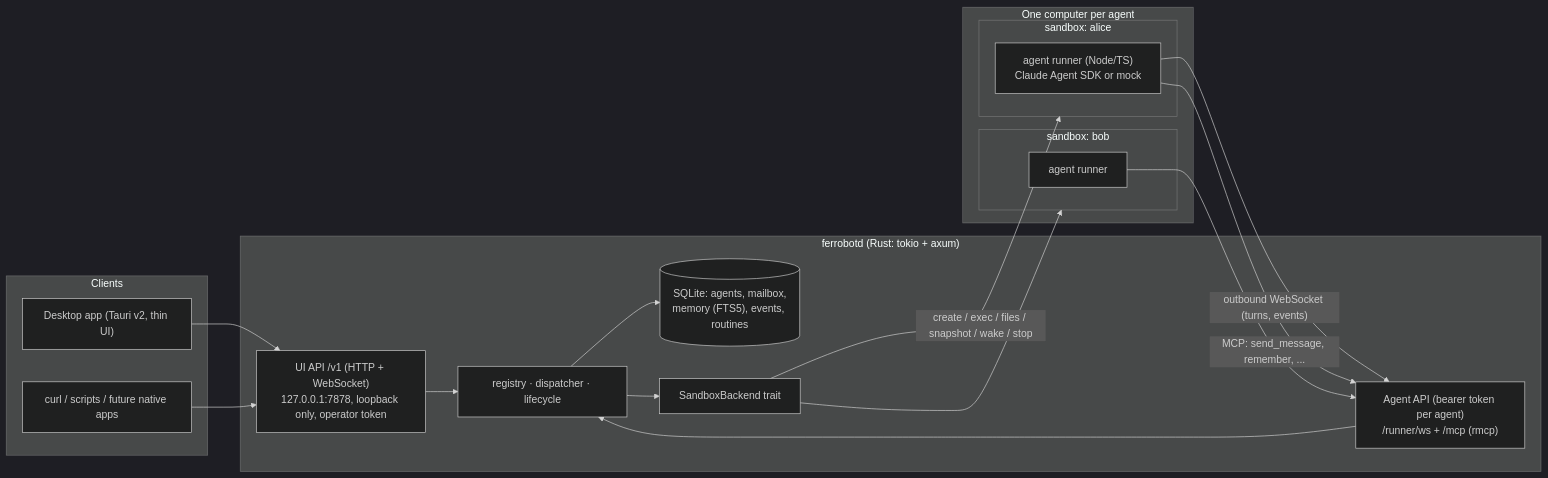
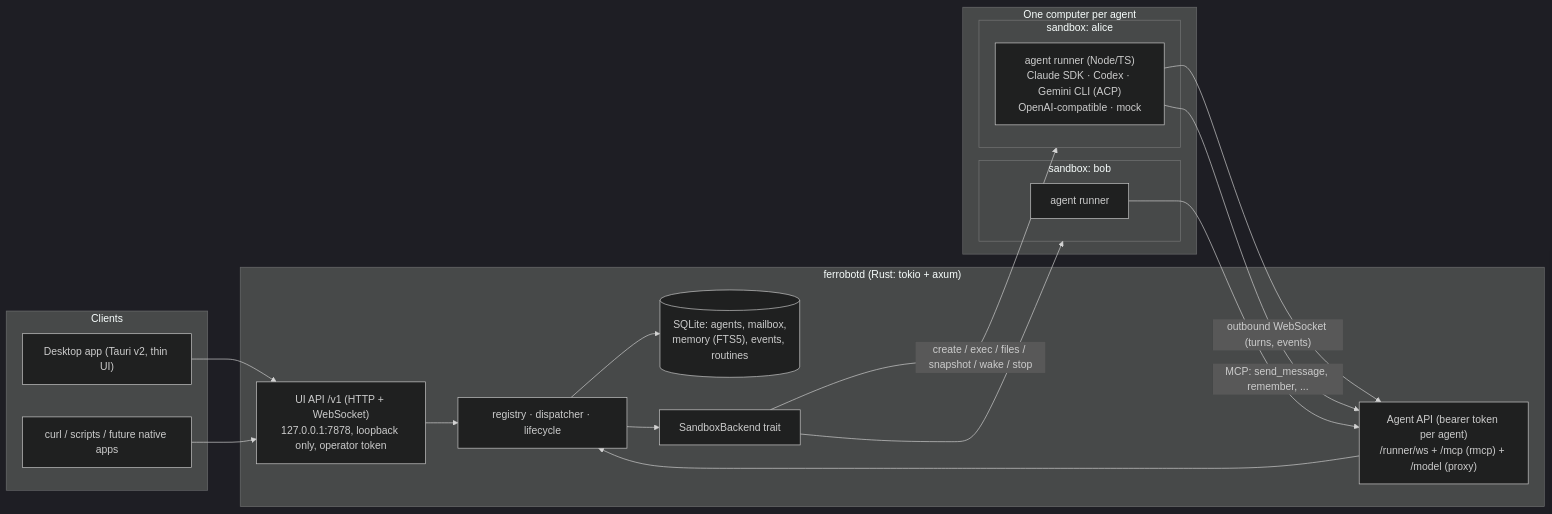
One commit to byQuexo/ferrobot changed the diagram in README.md. Above: the diagram before and after it, drawn with Mermaid (dark theme). The commit also changed other lines of this file, not shown here.

````diff
--- a/README.md
+++ b/README.md
@@ -68,36 +76,36 @@
 ```mermaid
 flowchart LR
     subgraph clients[Clients]
         UI["Desktop app (Tauri v2, thin UI)"]
         CLI["curl / scripts / future native apps"]
     end
 
     subgraph daemon["ferrobotd (Rust: tokio + axum)"]
         API["UI API /v1 (HTTP + WebSocket)<br/>127.0.0.1:7878, loopback only, operator token"]
-        AGENT["Agent API (bearer token per agent)<br/>/runner/ws + /mcp (rmcp)"]
+        AGENT["Agent API (bearer token per agent)<br/>/runner/ws + /mcp (rmcp) + /model (proxy)"]
         CORE["registry · dispatcher · lifecycle"]
         STORE[("SQLite: agents, mailbox,<br/>memory (FTS5), events, routines")]
         SB["SandboxBackend trait"]
     end
 
     subgraph sandboxes["One computer per agent"]
         subgraph s1["sandbox: alice"]
-            R1["agent runner (Node/TS)<br/>Claude Agent SDK or mock"]
+            R1["agent runner (Node/TS)<br/>Claude SDK · Codex · Gemini CLI (ACP)<br/>OpenAI-compatible · mock"]
         end
         subgraph s2["sandbox: bob"]
             R2["agent runner"]
         end
     end
 
     UI --> API
     CLI --> API
     API --> CORE
     CORE --> STORE
     CORE --> SB
     SB -- "create / exec / files / snapshot / wake / stop" --> s1
     SB --> s2
     R1 -- "outbound WebSocket (turns, events)" --> AGENT
     R1 -- "MCP: send_message, remember, ..." --> AGENT
     R2 --> AGENT
     AGENT --> CORE
 ```
````
